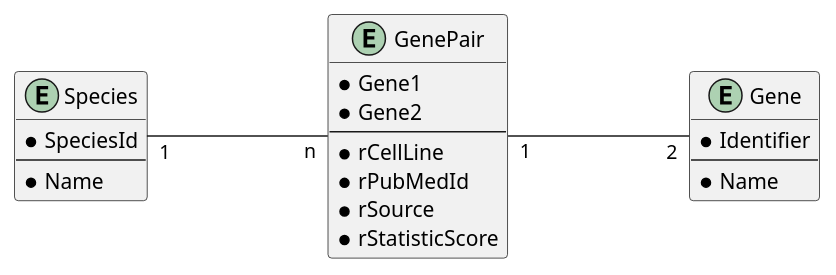
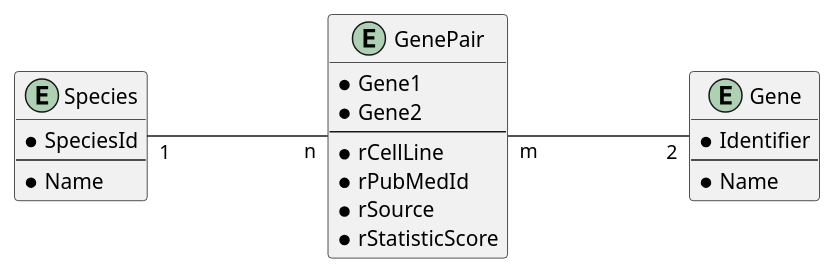
One commit to Linus-69420/MALOL-Cancer changed the diagram in plantuml/erd.puml. Above: the diagram before and after it, drawn with PlantUML. The commit also changed 1 other file, not shown here.

Commit message:
improfed erd

```diff
--- a/plantuml/erd.puml
+++ b/plantuml/erd.puml
@@ -1,29 +1,29 @@
 @startuml
 left to right direction
 
 entity GenePair {
     * Gene1
     * Gene2
     --
     * rCellLine
     * rPubMedId
     * rSource
     * rStatisticScore
 }
 
 entity Gene {
     * Identifier
     --
     * Name
 }
 
 entity Species {
     * SpeciesId
     --
     * Name
 }
 
 Species "1"---"n" GenePair
-GenePair "1"---"2" Gene
+GenePair "m"---"2" Gene
 
 @enduml
```
